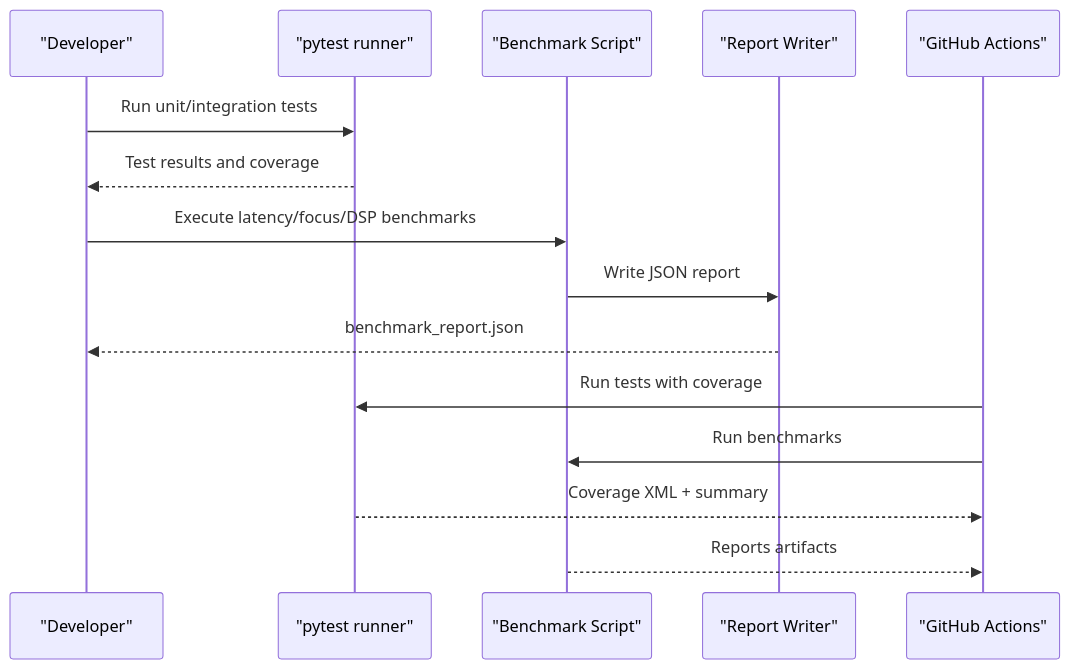
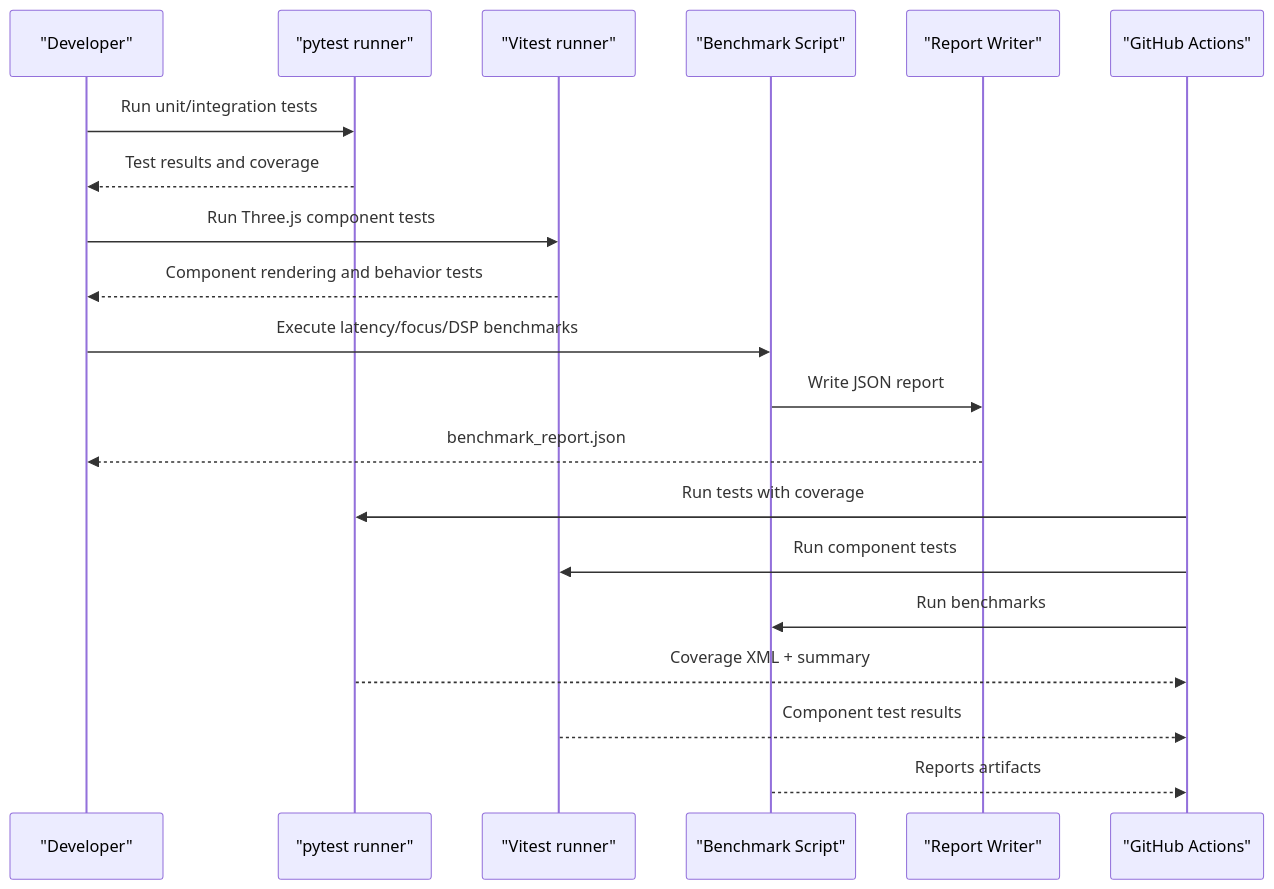
Before and after one commit to Moeabdelaziz007/Aether-Voice-OS: the second of 12 diagrams in .qoder/repowiki/en/content/Testing and Quality Assurance/Testing and Quality Assurance.md, drawn with Mermaid. The commit also changed other lines of this file and 10 other files, not shown here.

````diff
--- a/.qoder/repowiki/en/content/Testing and Quality Assurance/Testing and Quality Assurance.md
+++ b/.qoder/repowiki/en/content/Testing and Quality Assurance/Testing and Quality Assurance.md
@@ -150,17 +180,22 @@
 ```mermaid
 sequenceDiagram
 participant Dev as "Developer"
 participant Pytest as "pytest runner"
+participant Vitest as "Vitest runner"
 participant Bench as "Benchmark Script"
 participant Report as "Report Writer"
 participant CI as "GitHub Actions"
 Dev->>Pytest : Run unit/integration tests
 Pytest-->>Dev : Test results and coverage
+Dev->>Vitest : Run Three.js component tests
+Vitest-->>Dev : Component rendering and behavior tests
 Dev->>Bench : Execute latency/focus/DSP benchmarks
 Bench->>Report : Write JSON report
 Report-->>Dev : benchmark_report.json
 CI->>Pytest : Run tests with coverage
+CI->>Vitest : Run component tests
 CI->>Bench : Run benchmarks
 Pytest-->>CI : Coverage XML + summary
+Vitest-->>CI : Component test results
 Bench-->>CI : Reports artifacts
 ```
````
